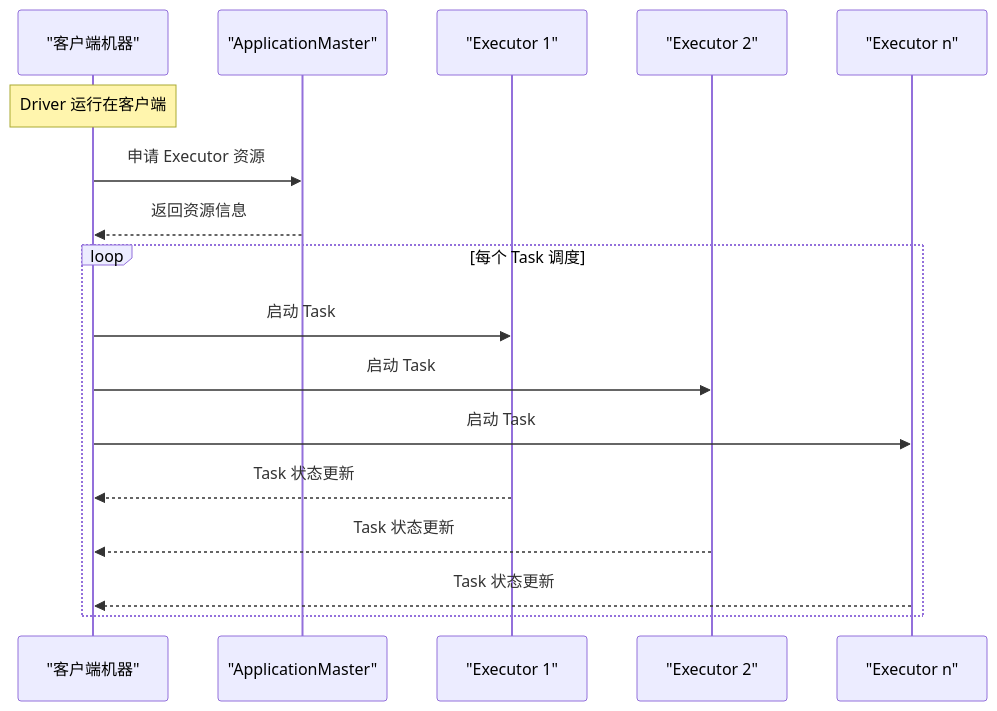
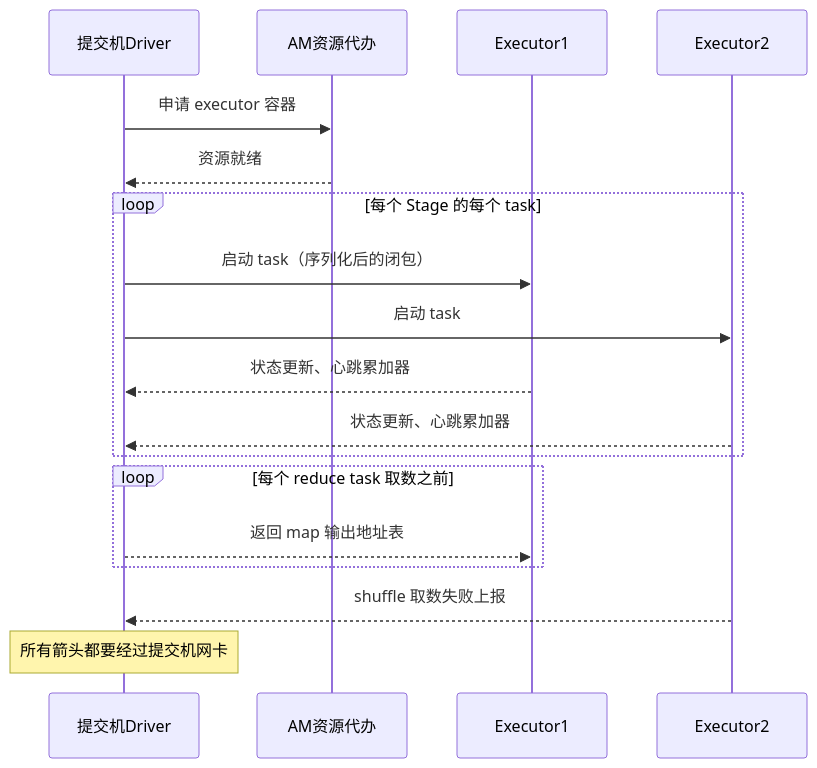
One commit to hpliStartAgain/my-brain changed the third of 6 diagrams in content/大数据/Spark/读书笔记-spark内核/06_性能调优实战/8. Spark_on_YARN性能调优.md. Above: the diagram before and after it, drawn with Mermaid. The commit also changed other lines of this file and 259 other files, not shown here.

````diff
--- a/content/大数据/Spark/读书笔记-spark内核/06_性能调优实战/8. Spark_on_YARN性能调优.md
+++ b/content/大数据/Spark/读书笔记-spark内核/06_性能调优实战/8. Spark_on_YARN性能调优.md
@@ -230,21 +148,21 @@
 ```mermaid
+%%{init: {'theme': 'dracula'}}%%
 sequenceDiagram
-    participant C as "客户端机器"
-    participant AM as "ApplicationMaster"
-    participant E1 as "Executor 1"
-    participant E2 as "Executor 2"
-    participant En as "Executor n"
-    
-    Note over C: Driver 运行在客户端
-    C->>AM: 申请 Executor 资源
-    AM-->>C: 返回资源信息
-    
-    loop 每个 Task 调度
-        C->>E1: 启动 Task
-        C->>E2: 启动 Task
-        C->>En: 启动 Task
-        E1-->>C: Task 状态更新
-        E2-->>C: Task 状态更新
-        En-->>C: Task 状态更新
+    participant C as 提交机Driver
+    participant AM as AM资源代办
+    participant E1 as Executor1
+    participant E2 as Executor2
+    C->>AM: 申请 executor 容器
+    AM-->>C: 资源就绪
+    loop 每个 Stage 的每个 task
+        C->>E1: 启动 task（序列化后的闭包）
+        C->>E2: 启动 task
+        E1-->>C: 状态更新、心跳累加器
+        E2-->>C: 状态更新、心跳累加器
     end
+    loop 每个 reduce task 取数之前
+        C-->>E1: 返回 map 输出地址表
+    end
+    E2-->>C: shuffle 取数失败上报
+    Note over C: 所有箭头都要经过提交机网卡
 ```
````
